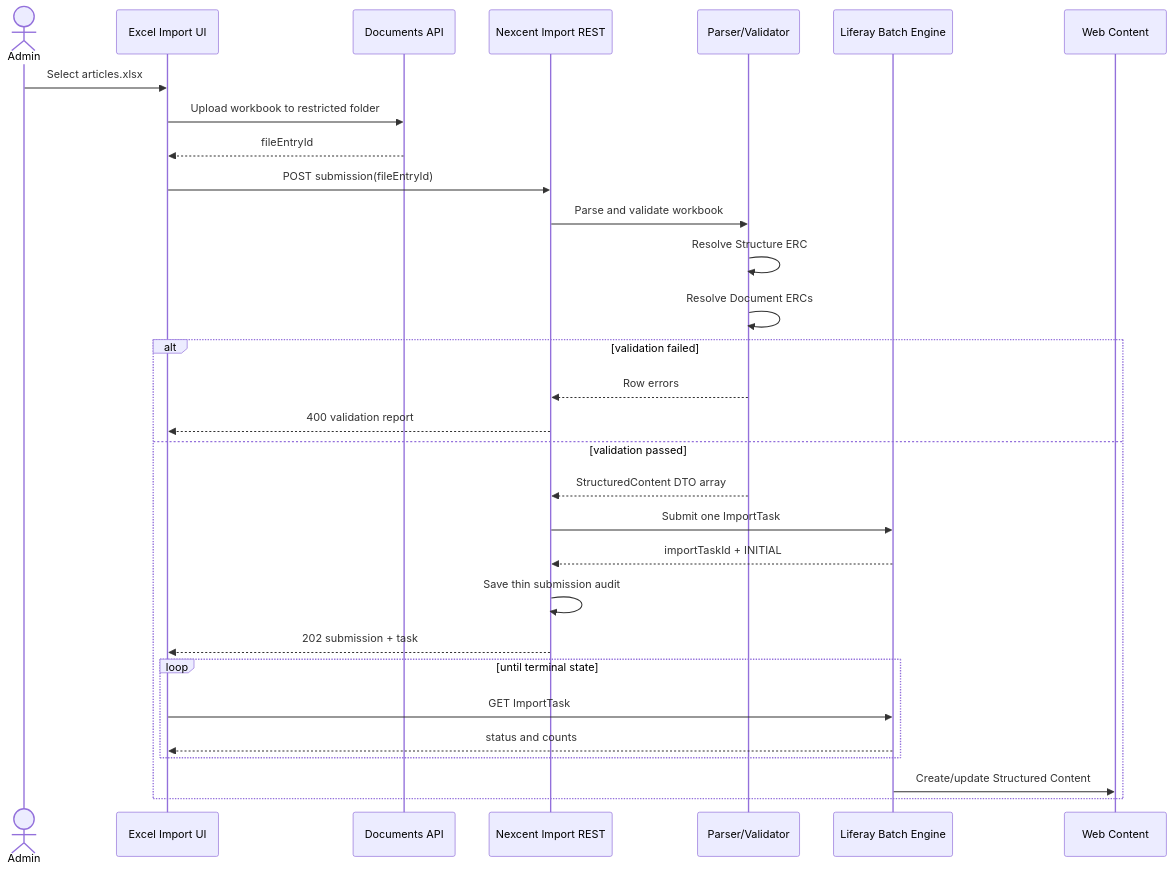
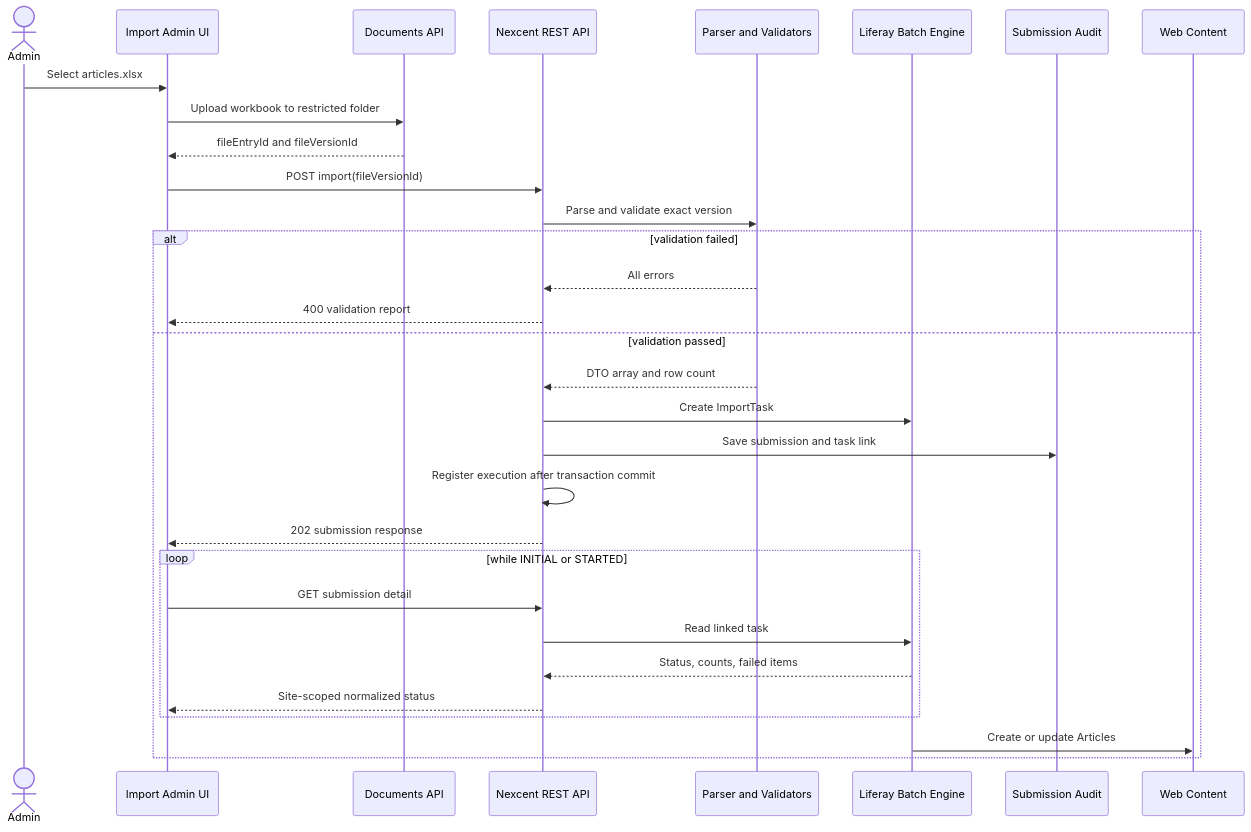
The second of 2 diagrams in docs/architecture/excel-web-content-importer-detail-design.md (hungtvb/liferay-mini), drawn with Mermaid before and after one commit. The commit also changed other lines of this file, not shown here.

Commit message:
docs(import): tighten reviewed Excel batch importer design

````diff
--- a/docs/architecture/excel-web-content-importer-detail-design.md
+++ b/docs/architecture/excel-web-content-importer-detail-design.md
@@ -287,33 +341,34 @@
 ```mermaid
 sequenceDiagram
     actor Admin
-    participant UI as Excel Import UI
+    participant UI as Import Admin UI
     participant Docs as Documents API
-    participant API as Nexcent Import REST
-    participant Parser as Parser/Validator
+    participant API as Nexcent REST API
+    participant Preflight as Parser and Validators
     participant Batch as Liferay Batch Engine
+    participant DB as Submission Audit
     participant WC as Web Content
 
     Admin->>UI: Select articles.xlsx
     UI->>Docs: Upload workbook to restricted folder
-    Docs-->>UI: fileEntryId
-    UI->>API: POST submission(fileEntryId)
-    API->>Parser: Parse and validate workbook
-    Parser->>Parser: Resolve Structure ERC
-    Parser->>Parser: Resolve Document ERCs
+    Docs-->>UI: fileEntryId and fileVersionId
+    UI->>API: POST import(fileVersionId)
+    API->>Preflight: Parse and validate exact version
     alt validation failed
-        Parser-->>API: Row errors
+        Preflight-->>API: All errors
         API-->>UI: 400 validation report
     else validation passed
-        Parser-->>API: StructuredContent DTO array
-        API->>Batch: Submit one ImportTask
-        Batch-->>API: importTaskId + INITIAL
-        API->>API: Save thin submission audit
-        API-->>UI: 202 submission + task
-        loop until terminal state
-            UI->>Batch: GET ImportTask
-            Batch-->>UI: status and counts
+        Preflight-->>API: DTO array and row count
+        API->>Batch: Create ImportTask
+        API->>DB: Save submission and task link
+        API->>API: Register execution after transaction commit
+        API-->>UI: 202 submission response
+        loop while INITIAL or STARTED
+            UI->>API: GET submission detail
+            API->>Batch: Read linked task
+            Batch-->>API: Status, counts, failed items
+            API-->>UI: Site-scoped normalized status
         end
-        Batch->>WC: Create/update Structured Content
+        Batch->>WC: Create or update Articles
     end
 ```
````
